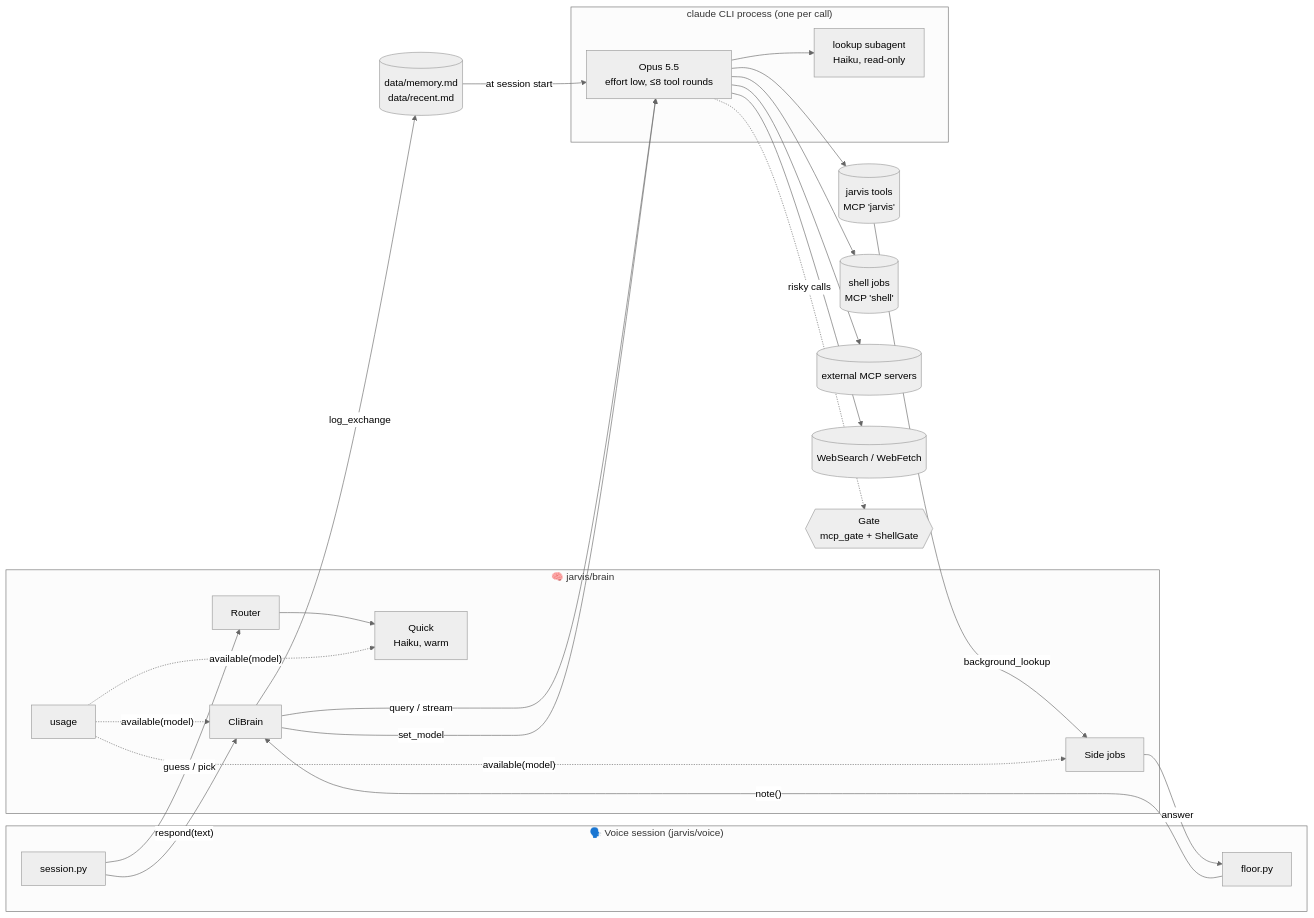
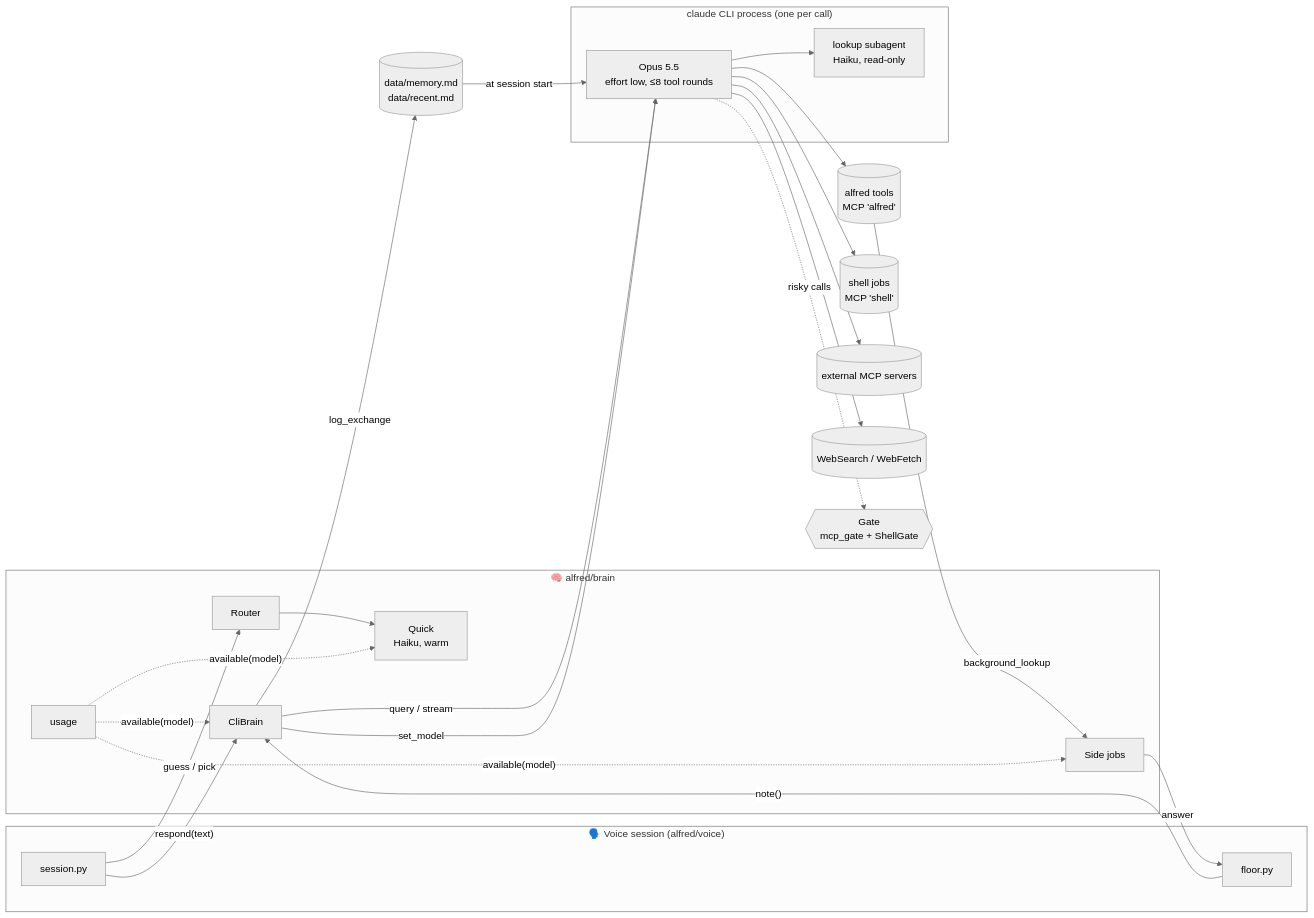
The first of 4 diagrams in docs/brain.md (anilkumarmeena/alfred), drawn with Mermaid (neutral theme) before and after one commit. The commit also changed other lines of this file and 650 other files, not shown here.

First line of the commit message:
rename JARVIS to Alfred; the assistant goes by any name the user gives it

````diff
--- a/docs/brain.md
+++ b/docs/brain.md
@@ -59,40 +59,40 @@
 ```mermaid
 flowchart LR
-    subgraph Voice["🗣️ Voice session (jarvis/voice)"]
+    subgraph Voice["🗣️ Voice session (alfred/voice)"]
         S[session.py]
         F[floor.py]
     end
 
-    subgraph Brain["🧠 jarvis/brain"]
+    subgraph Brain["🧠 alfred/brain"]
         CB[CliBrain]
         R[Router]
         Q[Quick<br/>Haiku, warm]
         SJ[Side jobs]
         U[usage]
     end
 
     subgraph CLI["claude CLI process (one per call)"]
         M[Opus 5.5<br/>effort low, ≤8 tool rounds]
         LA[lookup subagent<br/>Haiku, read-only]
     end
 
-    T[(jarvis tools<br/>MCP 'jarvis')]
+    T[(alfred tools<br/>MCP 'alfred')]
     SH[(shell jobs<br/>MCP 'shell')]
     X[(external MCP servers)]
     W[(WebSearch / WebFetch)]
     G{{Gate<br/>mcp_gate + ShellGate}}
     MEM[(data/memory.md<br/>data/recent.md)]
 
     S -- "guess / pick" --> R --> Q
     S -- "respond(text)" --> CB
     CB -- "query / stream" --> M
     M --> T & SH & X & W
     M --> LA
     M -. "risky calls" .-> G
     CB -- "set_model" --> M
     SJ -- "answer" --> F -- "note()" --> CB
     T -- "background_lookup" --> SJ
     CB -- "log_exchange" --> MEM
     MEM -- "at session start" --> M
     U -. "available(model)" .-> CB & SJ & Q
 ```
````
